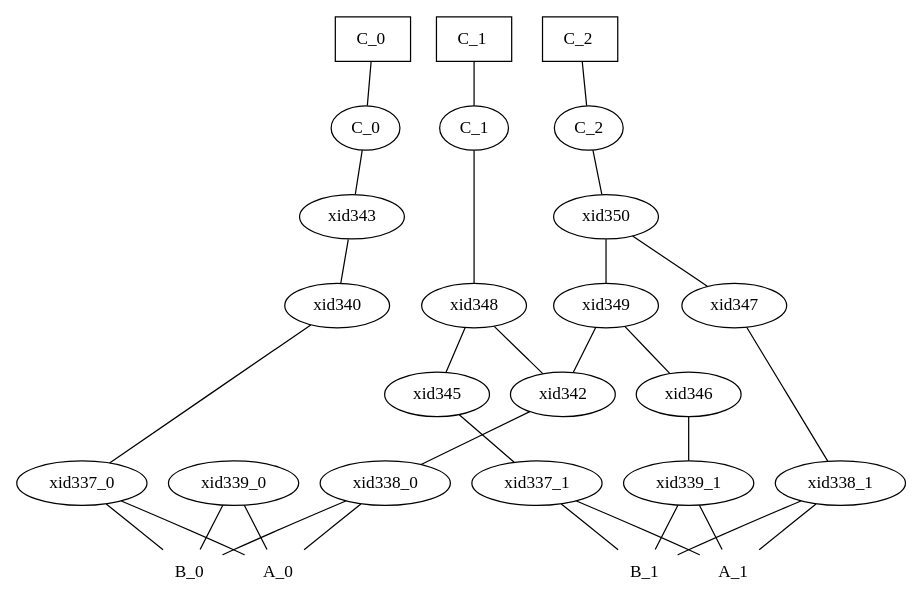
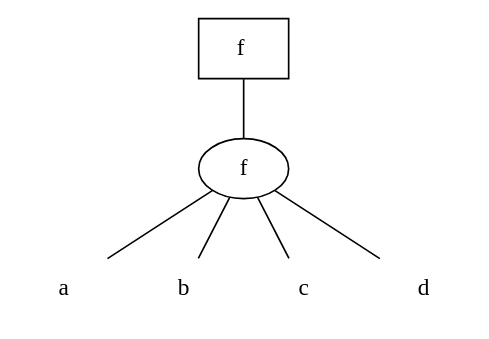
Before and after one commit to cheng-hsiang-chiu/ECE6740-CAD: the diagram in BDDs/blifbdd-package/blif2dot/.blif2dot.dot, drawn with Graphviz. The commit also changed 118 other files, not shown here.

```diff
--- a/BDDs/blifbdd-package/blif2dot/.blif2dot.dot
+++ b/BDDs/blifbdd-package/blif2dot/.blif2dot.dot
@@ -1,61 +1,19 @@
 // The file is generated by blif2dot in University of Massachusetts
 //
 digraph "blif" {
 size = "7.5,10"
 center = true;
 edge [dir = none];
 { rank = same; node [shape = box]; edge [style = invis];
-"  C_0  " -> "  C_1  " -> "  C_2  "; }
-"  C_0  " -> "d3b529f4b8" [style = solid];
-"  C_1  " -> "d3b529f4b6" [style = solid];
-"  C_2  " -> "d3b529f4b3" [style = solid];
-"d3b529f4ae" [shape = plaintext, label = "A_0"];
-"d3b529f4af" [shape = plaintext, label = "A_1"];
-"d3b529f4b0" [shape = plaintext, label = "B_0"];
-"d3b529f4b2" [shape = plaintext, label = "B_1"];
-"d3b529f4b3" [label = "C_2"];
-"d3b529f4b3" -> "d3b529f4bb";
-"d3b529f4b6" [label = "C_1"];
-"d3b529f4b6" -> "d3b529f4d4";
-"d3b529f4b8" [label = "C_0"];
-"d3b529f4b8" -> "d3b529f4e1";
-"d3b529f4bb" [label = "xid350"];
-"d3b529f4bb" -> "d3b529f4be";
-"d3b529f4bb" -> "d3b529f4c6";
-"d3b529f4be" [label = "xid347"];
-"d3b529f4be" -> "d3b529f4c3";
-"d3b529f4c0" [label = "xid338_0"];
-"d3b529f4c0" -> "d3b529f4ae";
-"d3b529f4c0" -> "d3b529f4b0";
-"d3b529f4c3" [label = "xid338_1"];
-"d3b529f4c3" -> "d3b529f4af";
-"d3b529f4c3" -> "d3b529f4b2";
-"d3b529f4c6" [label = "xid349"];
-"d3b529f4c6" -> "d3b529f4c9";
-"d3b529f4c6" -> "d3b529f4cc";
-"d3b529f4c9" [label = "xid342"];
-"d3b529f4c9" -> "d3b529f4c0";
-"d3b529f4cc" [label = "xid346"];
-"d3b529f4cc" -> "d3b529f4d1";
-"d3b529f4ce" [label = "xid339_0"];
-"d3b529f4ce" -> "d3b529f4ae";
-"d3b529f4ce" -> "d3b529f4b0";
-"d3b529f4d1" [label = "xid339_1"];
-"d3b529f4d1" -> "d3b529f4af";
-"d3b529f4d1" -> "d3b529f4b2";
-"d3b529f4d4" [label = "xid348"];
-"d3b529f4d4" -> "d3b529f4c9";
-"d3b529f4d4" -> "d3b529f4d8";
-"d3b529f4d8" [label = "xid345"];
-"d3b529f4d8" -> "d3b529f4de";
-"d3b529f4da" [label = "xid337_0"];
-"d3b529f4da" -> "d3b529f4ae";
-"d3b529f4da" -> "d3b529f4b0";
-"d3b529f4de" [label = "xid337_1"];
-"d3b529f4de" -> "d3b529f4af";
-"d3b529f4de" -> "d3b529f4b2";
-"d3b529f4e1" [label = "xid343"];
-"d3b529f4e1" -> "d3b529f4e4";
-"d3b529f4e4" [label = "xid340"];
-"d3b529f4e4" -> "d3b529f4da";
+"  f  "; }
+"  f  " -> "d480f7f28b" [style = solid];
+"d480f7f286" [shape = plaintext, label = "a"];
+"d480f7f287" [shape = plaintext, label = "b"];
+"d480f7f288" [shape = plaintext, label = "c"];
+"d480f7f289" [shape = plaintext, label = "d"];
+"d480f7f28b" [label = "f"];
+"d480f7f28b" -> "d480f7f286";
+"d480f7f28b" -> "d480f7f287";
+"d480f7f28b" -> "d480f7f288";
+"d480f7f28b" -> "d480f7f289";
 }
```
